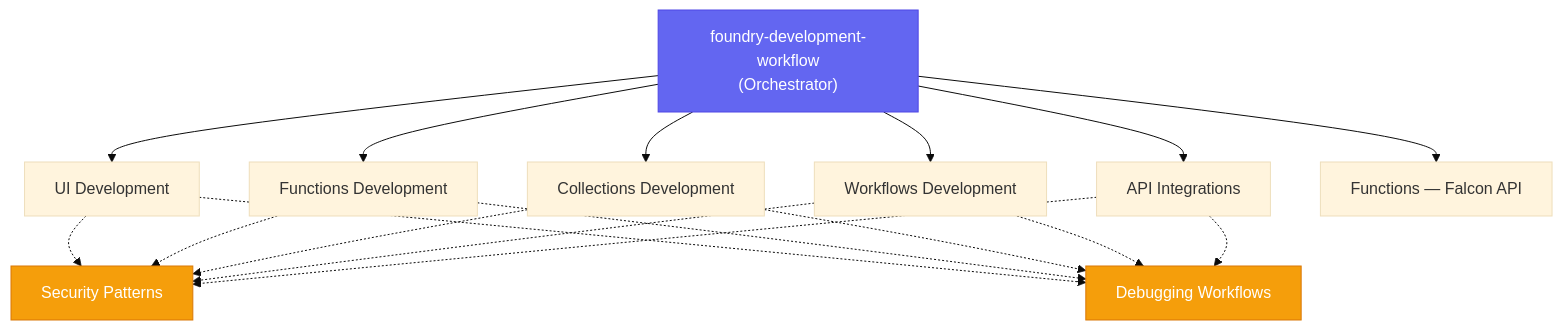
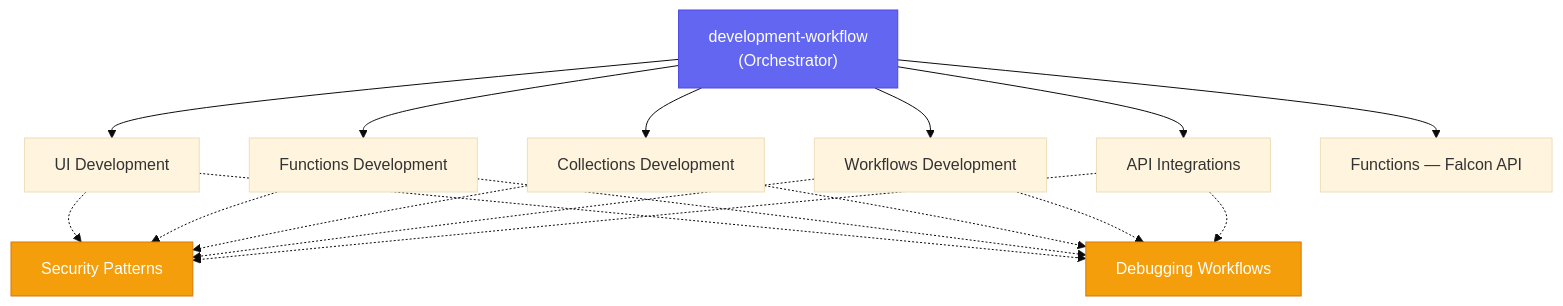
The diagram in README.md (CrowdStrike/foundry-skills), drawn with Mermaid (base theme) before and after one commit. The commit also changed other lines of this file and 83 other files, not shown here.

````diff
--- a/README.md
+++ b/README.md
@@ -154,27 +154,27 @@
 ```mermaid
 graph TD
-    O["foundry-development-workflow<br/>(Orchestrator)"]
+    O["development-workflow<br/>(Orchestrator)"]
 
     O --> UI["UI Development"]
     O --> FN["Functions Development"]
     O --> CO["Collections Development"]
     O --> WF["Workflows Development"]
     O --> AI["API Integrations"]
     O --> FA["Functions — Falcon API"]
 
     UI -.-> SP["Security Patterns"]
     FN -.-> SP
     CO -.-> SP
     WF -.-> SP
     AI -.-> SP
 
     UI -.-> DB["Debugging Workflows"]
     FN -.-> DB
     CO -.-> DB
     WF -.-> DB
     AI -.-> DB
 
     style O fill:#6366f1,stroke:#4f46e5,color:#fff
     style SP fill:#f59e0b,stroke:#d97706,color:#fff
     style DB fill:#f59e0b,stroke:#d97706,color:#fff
 ```
````
